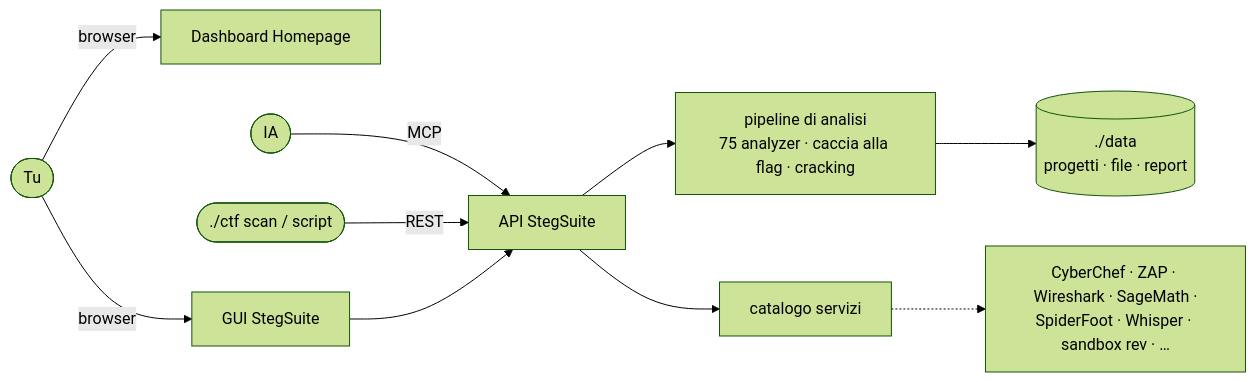
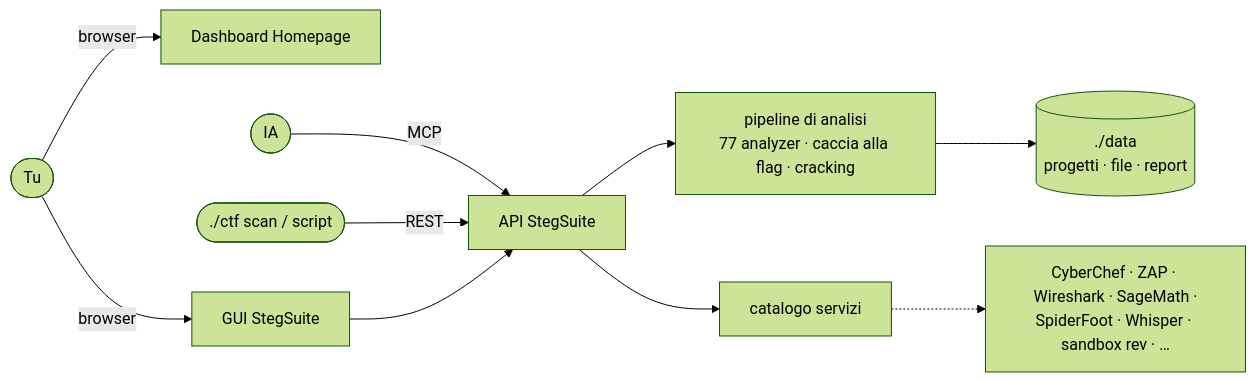
One commit to dexRand/ctf-docker changed the diagram in README.it.md. Above: the diagram before and after it, drawn with Mermaid (forest theme). The commit also changed other lines of this file and 6 other files, not shown here.

````diff
--- a/README.it.md
+++ b/README.it.md
@@ -88,12 +88,12 @@
 ```mermaid
 flowchart LR
   tu([Tu]) -->|browser| dash[Dashboard Homepage]
   tu -->|browser| ss[GUI StegSuite]
   ia([IA]) -->|MCP| api
   cli([./ctf scan / script]) -->|REST| api
   ss --> api[API StegSuite]
-  api --> pipe[pipeline di analisi<br/>75 analyzer · caccia alla flag · cracking]
+  api --> pipe[pipeline di analisi<br/>77 analyzer · caccia alla flag · cracking]
   pipe --> data[(./data<br/>progetti · file · report)]
   api --> svc[catalogo servizi]
   svc -.-> tools[CyberChef · ZAP · Wireshark · SageMath ·<br/>SpiderFoot · Whisper · sandbox rev · …]
 ```
````
